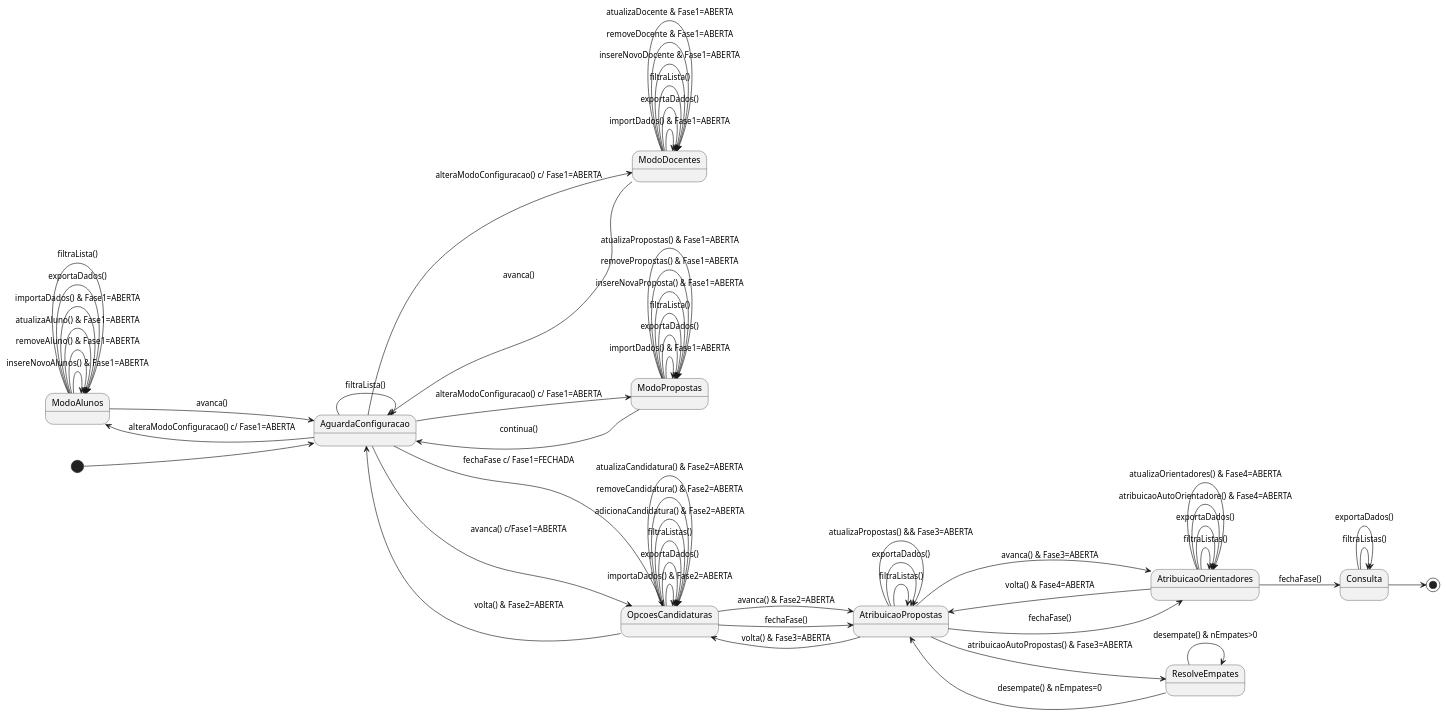
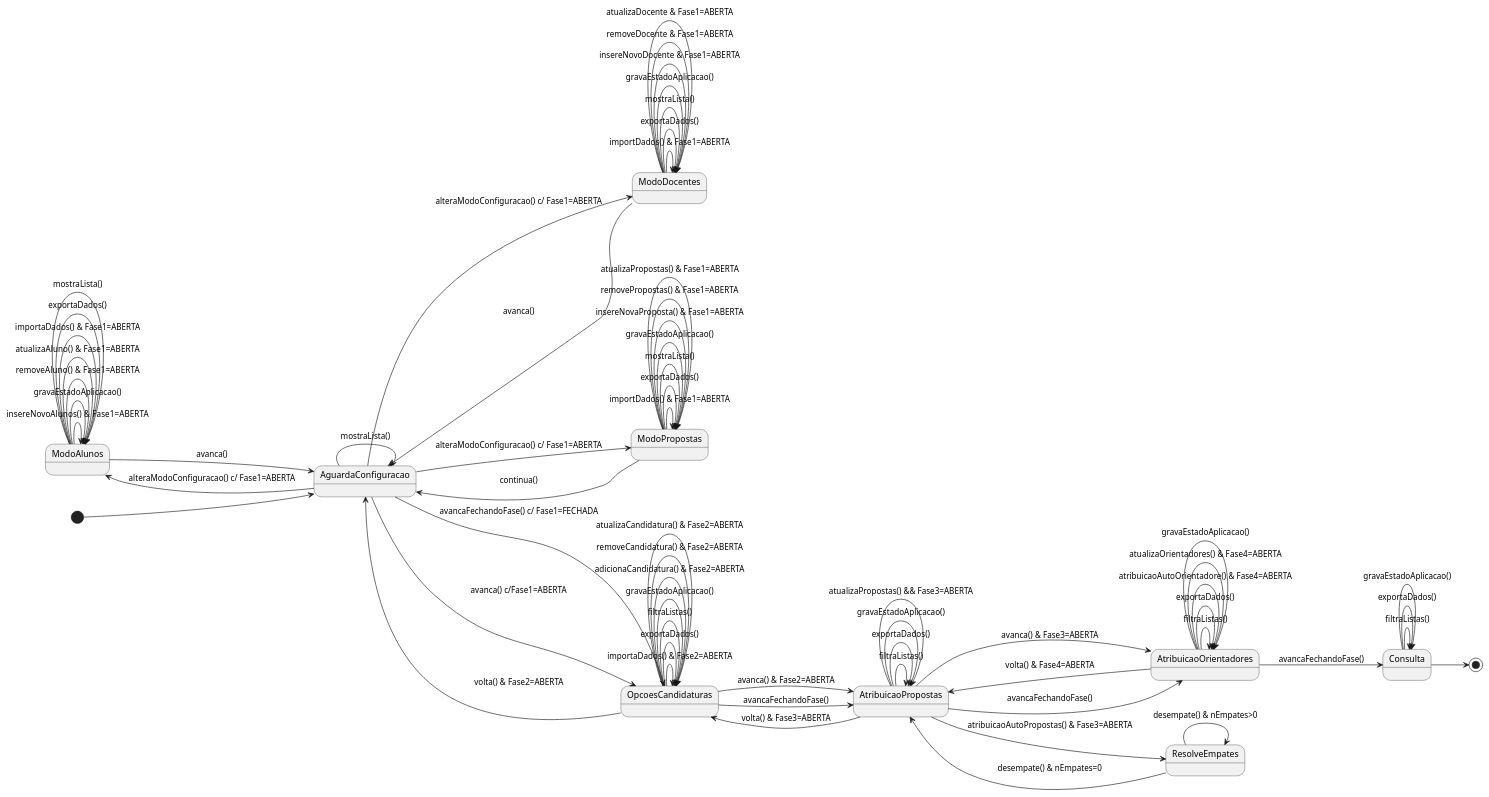
Before and after one commit to ana-sv/Apoio_poe: the diagram in DigramaDeEstados.PlantUML, drawn with PlantUML. The commit also changed 5 other files, not shown here.

```diff
--- a/DigramaDeEstados.PlantUML
+++ b/DigramaDeEstados.PlantUML
@@ -1,89 +1,96 @@
 @startuml
 left to right direction
 
 [*] --> AguardaConfiguracao 
 
 
 ' AguardaConfiguracao --> FASE1
-AguardaConfiguracao --> AguardaConfiguracao : filtraLista()
+AguardaConfiguracao --> AguardaConfiguracao : mostraLista()
 AguardaConfiguracao --> ModoAlunos : alteraModoConfiguracao() c/ Fase1=ABERTA 
 ' Se a FASE1==FECHADA , já nao há acesso aos estados ModoAluno ModoDocente ModoPropostas que são os que permitem a edicao de informacoes 
 AguardaConfiguracao --> ModoDocentes : alteraModoConfiguracao() c/ Fase1=ABERTA 
 AguardaConfiguracao --> ModoPropostas : alteraModoConfiguracao() c/ Fase1=ABERTA 
-AguardaConfiguracao --> OpcoesCandidaturas : fechaFase c/ Fase1=FECHADA 
+AguardaConfiguracao --> OpcoesCandidaturas : avancaFechandoFase() c/ Fase1=FECHADA 
 ' neste estado, o metod fechaFase: Fase1=FECHADA, classificacao dos alunos e avança para o proximo estado 
 AguardaConfiguracao --> OpcoesCandidaturas : avanca() c/Fase1=ABERTA 
 ' avanca : classifica alunos e avanca
 
 
 ' ModoAlunos - FASE1 
 ModoAlunos --> ModoAlunos : importaDados() & Fase1=ABERTA
 ModoAlunos --> ModoAlunos : exportaDados()
-ModoAlunos --> ModoAlunos : filtraLista()
+ModoAlunos --> ModoAlunos : mostraLista()
 ModoAlunos -> ModoAlunos : insereNovoAlunos()  & Fase1=ABERTA
+ModoAlunos -> ModoAlunos : gravaEstadoAplicacao()
 ModoAlunos -> ModoAlunos : removeAluno()  & Fase1=ABERTA
 ModoAlunos -> ModoAlunos : atualizaAluno()  & Fase1=ABERTA
 ModoAlunos --> AguardaConfiguracao : avanca()
 
 ' ModoDocentes - FASE1 
 ModoDocentes --> ModoDocentes : importDados() & Fase1=ABERTA
 ModoDocentes --> ModoDocentes : exportaDados() 
-ModoDocentes --> ModoDocentes : filtraLista() 
+ModoDocentes --> ModoDocentes : mostraLista() 
+ModoDocentes --> ModoDocentes : gravaEstadoAplicacao()
 ModoDocentes --> ModoDocentes : insereNovoDocente & Fase1=ABERTA
 ModoDocentes --> ModoDocentes : removeDocente & Fase1=ABERTA
 ModoDocentes --> ModoDocentes : atualizaDocente & Fase1=ABERTA
 ModoDocentes --> AguardaConfiguracao: avanca() 
 
 ' ModoPropostas - FASE1
 ModoPropostas --> ModoPropostas : importDados() & Fase1=ABERTA
 ModoPropostas --> ModoPropostas : exportaDados() 
-ModoPropostas --> ModoPropostas : filtraLista() 
+ModoPropostas --> ModoPropostas : mostraLista()
+ModoPropostas --> ModoPropostas : gravaEstadoAplicacao()
 ModoPropostas --> ModoPropostas : insereNovaProposta() & Fase1=ABERTA
 ModoPropostas --> ModoPropostas : removePropostas() & Fase1=ABERTA
 ModoPropostas --> ModoPropostas : atualizaPropostas() & Fase1=ABERTA
 ModoPropostas --> AguardaConfiguracao: continua() 
 
 
 ' OrganizaCandidatura - FASE2
 OpcoesCandidaturas --> AguardaConfiguracao : volta() & Fase2=ABERTA
 OpcoesCandidaturas --> OpcoesCandidaturas : importaDados() & Fase2=ABERTA
 OpcoesCandidaturas --> OpcoesCandidaturas : exportaDados() 
 OpcoesCandidaturas --> OpcoesCandidaturas : filtraListas() 
+OpcoesCandidaturas --> OpcoesCandidaturas :  gravaEstadoAplicacao()
 OpcoesCandidaturas --> OpcoesCandidaturas : adicionaCandidatura() & Fase2=ABERTA
 OpcoesCandidaturas --> OpcoesCandidaturas : removeCandidatura() & Fase2=ABERTA
 OpcoesCandidaturas --> OpcoesCandidaturas : atualizaCandidatura() & Fase2=ABERTA
 OpcoesCandidaturas --> AtribuicaoPropostas : avanca() & Fase2=ABERTA 
-OpcoesCandidaturas --> AtribuicaoPropostas : fechaFase() 
+OpcoesCandidaturas --> AtribuicaoPropostas : avancaFechandoFase() 
 
 ' AtribuicaoPropostas -FASE3
 AtribuicaoPropostas --> OpcoesCandidaturas : volta() & Fase3=ABERTA
 AtribuicaoPropostas --> AtribuicaoPropostas : filtraListas() 
 AtribuicaoPropostas --> AtribuicaoPropostas : exportaDados() 
+AtribuicaoPropostas --> AtribuicaoPropostas :  gravaEstadoAplicacao()
 AtribuicaoPropostas --> AtribuicaoPropostas : atualizaPropostas() && Fase3=ABERTA
 AtribuicaoPropostas --> ResolveEmpates : atribuicaoAutoPropostas() & Fase3=ABERTA
 AtribuicaoPropostas --> AtribuicaoOrientadores : avanca() & Fase3=ABERTA 
-AtribuicaoPropostas --> AtribuicaoOrientadores : fechaFase() 
+AtribuicaoPropostas --> AtribuicaoOrientadores : avancaFechandoFase()
 
 ' ConsultaEmpates - FASE4
 ResolveEmpates --> ResolveEmpates : desempate() & nEmpates>0
 ResolveEmpates --> AtribuicaoPropostas : desempate() & nEmpates=0
 
 ' AtribuicaoOrientadores - FASE4
 AtribuicaoOrientadores --> AtribuicaoPropostas : volta() & Fase4=ABERTA
 AtribuicaoOrientadores -> AtribuicaoOrientadores : filtraListas() 
 AtribuicaoOrientadores --> AtribuicaoOrientadores : exportaDados()
 AtribuicaoOrientadores --> AtribuicaoOrientadores : atribuicaoAutoOrientadore() & Fase4=ABERTA
 AtribuicaoOrientadores --> AtribuicaoOrientadores : atualizaOrientadores()  & Fase4=ABERTA
-AtribuicaoOrientadores --> Consulta : fechaFase()
+AtribuicaoOrientadores --> AtribuicaoOrientadores : gravaEstadoAplicacao()
+AtribuicaoOrientadores --> Consulta :  avancaFechandoFase()
 
 ' Consulta - FASE5
 Consulta --> Consulta : exportaDados() 
 Consulta -> Consulta : filtraListas() 
+Consulta --> Consulta : gravaEstadoAplicacao()
 Consulta --> [*]
 
 
 
 
 
 
 @enduml
```
